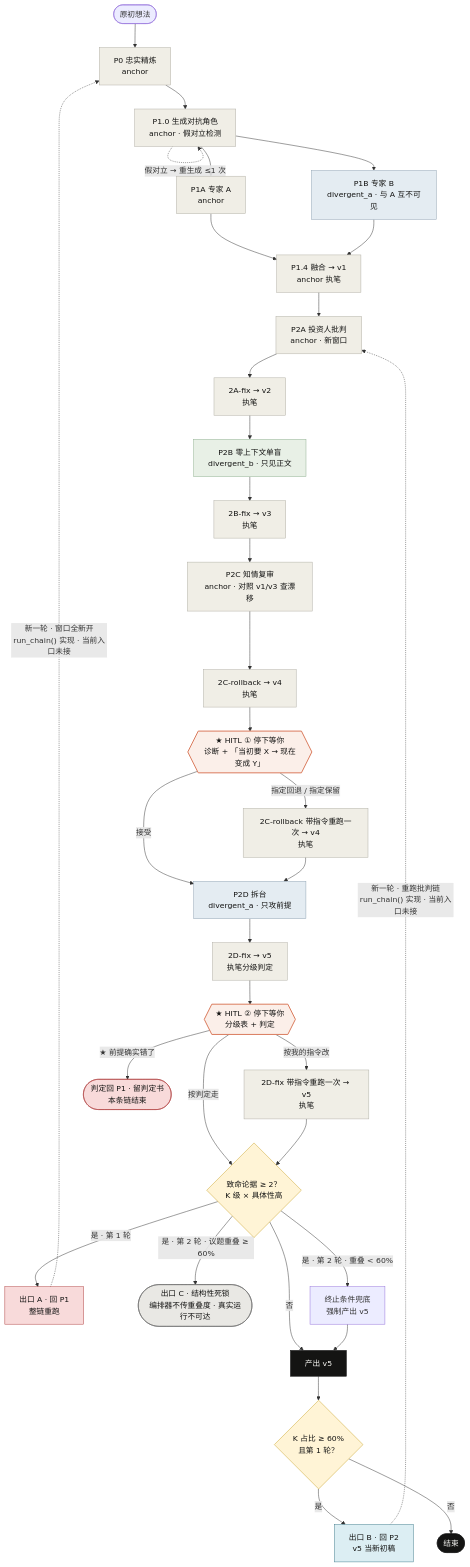
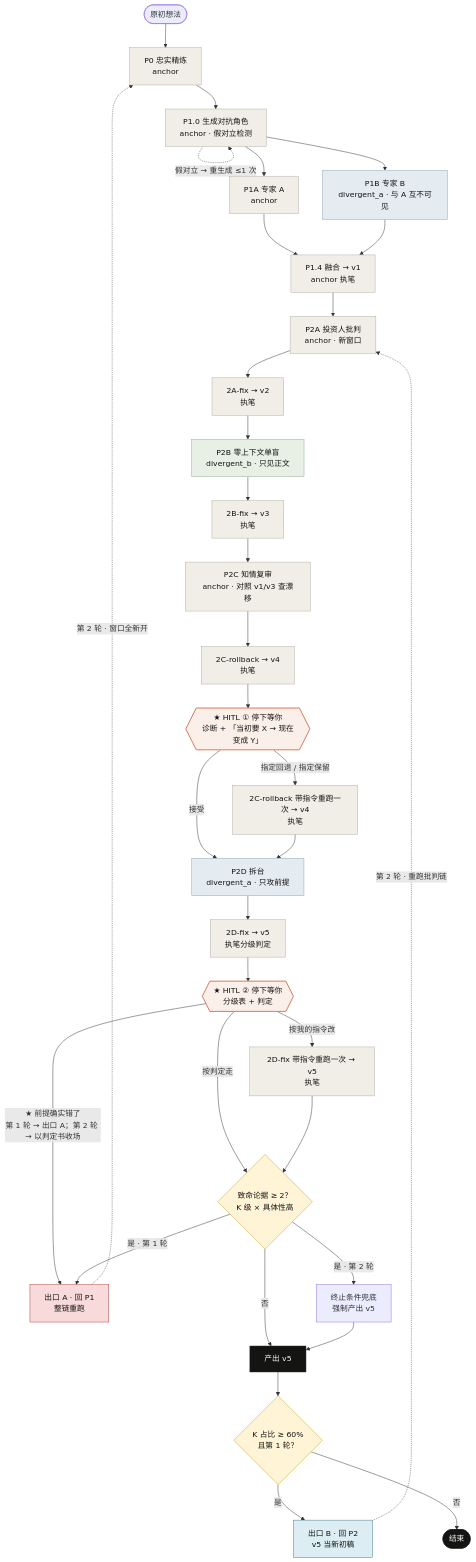
One commit to wenboxia/liangyi changed the diagram in docs/flow-hitl.mmd. Above: the diagram before and after it, drawn with Mermaid. The commit also changed 24 other files, not shown here.

```diff
--- a/docs/flow-hitl.mmd
+++ b/docs/flow-hitl.mmd
@@ -1,50 +1,46 @@
 flowchart TB
   classDef anchor fill:#F0EEE6,stroke:#B0AEA5,color:#141413
   classDef divA fill:#E4ECF2,stroke:#8FA3B3,color:#141413
   classDef divB fill:#E8F0E6,stroke:#8FB08F,color:#141413
   classDef hitl fill:#FBEFE9,stroke:#D97757,stroke-width:2px,color:#141413
   classDef route fill:#FFF4D6,stroke:#C9A227,color:#141413
   classDef exitA fill:#F8DADA,stroke:#B04141,color:#141413
   classDef exitB fill:#DCEEF3,stroke:#3E7A8C,color:#141413
-  classDef exitC fill:#E9E8E4,stroke:#666,color:#141413
   classDef done fill:#141413,stroke:#141413,color:#FAF9F5
   SEED([原初想法]) --> P0[P0 忠实精炼<br/>anchor]
   P0 --> P10[P1.0 生成对抗角色<br/>anchor · 假对立检测]
   P10 -. 假对立 → 重生成 ≤1 次 .-> P10
   P10 --> P1A[P1A 专家 A<br/>anchor]
   P10 --> P1B[P1B 专家 B<br/>divergent_a · 与 A 互不可见]
   P1A --> P14[P1.4 融合 → v1<br/>anchor 执笔]
   P1B --> P14
   P14 --> P2A[P2A 投资人批判<br/>anchor · 新窗口] --> AF[2A-fix → v2<br/>执笔]
   AF --> P2B[P2B 零上下文单盲<br/>divergent_b · 只见正文] --> BF[2B-fix → v3<br/>执笔]
   BF --> P2C[P2C 知情复审<br/>anchor · 对照 v1/v3 查漂移]
   P2C --> CR[2C-rollback → v4<br/>执笔]
   CR --> H1{{★ HITL ① 停下等你<br/>诊断 + 「当初要 X → 现在变成 Y」}}
   H1 -- 接受 --> P2D
   H1 -- 指定回退 / 指定保留 --> CR2[2C-rollback 带指令重跑一次 → v4<br/>执笔] --> P2D
   P2D[P2D 拆台<br/>divergent_a · 只攻前提] --> DF[2D-fix → v5<br/>执笔分级判定]
   DF --> H2{{★ HITL ② 停下等你<br/>分级表 + 判定}}
   H2 -- 按判定走 --> R1
   H2 -- 按我的指令改 --> DF2[2D-fix 带指令重跑一次 → v5<br/>执笔] --> R1
-  H2 -- ★ 前提确实错了 --> HSTOP([判定回 P1 · 留判定书<br/>本条链结束])
+  H2 -- ★ 前提确实错了<br/>第 1 轮 → 出口 A；第 2 轮 → 以判定书收场 --> EA
   R1{致命论据 ≥ 2？<br/>K 级 × 具体性高}
   R1 -- 否 --> V5[产出 v5]
   R1 -- 是 · 第 1 轮 --> EA[出口 A · 回 P1<br/>整链重跑]
-  R1 -- 是 · 第 2 轮 · 议题重叠 ≥ 60% --> EC([出口 C · 结构性死锁<br/>编排器不传重叠度 · 真实运行不可达])
-  R1 -- 是 · 第 2 轮 · 重叠 < 60% --> FORCE[终止条件兜底<br/>强制产出 v5] --> V5
+  R1 -- 是 · 第 2 轮 --> FORCE[终止条件兜底<br/>强制产出 v5] --> V5
   V5 --> R2{K 占比 ≥ 60%<br/>且第 1 轮？}
   R2 -- 是 --> EB[出口 B · 回 P2<br/>v5 当新初稿]
   R2 -- 否 --> END([结束])
-  EA -. 新一轮 · 窗口全新开<br/>run_chain() 实现 · 当前入口未接 .-> P0
-  EB -. 新一轮 · 重跑批判链<br/>run_chain() 实现 · 当前入口未接 .-> P2A
+  EA -. 第 2 轮 · 窗口全新开 .-> P0
+  EB -. 第 2 轮 · 重跑批判链 .-> P2A
   class P0,P10,P1A,P14,P2A,AF,BF,P2C,CR,DF anchor
   class P1B,P2D divA
   class P2B divB
   class R1,R2 route
   class EA exitA
   class EB exitB
-  class EC exitC
   class END,V5 done
   class H1,H2 hitl
   class CR2,DF2 anchor
-  class HSTOP exitA
```
